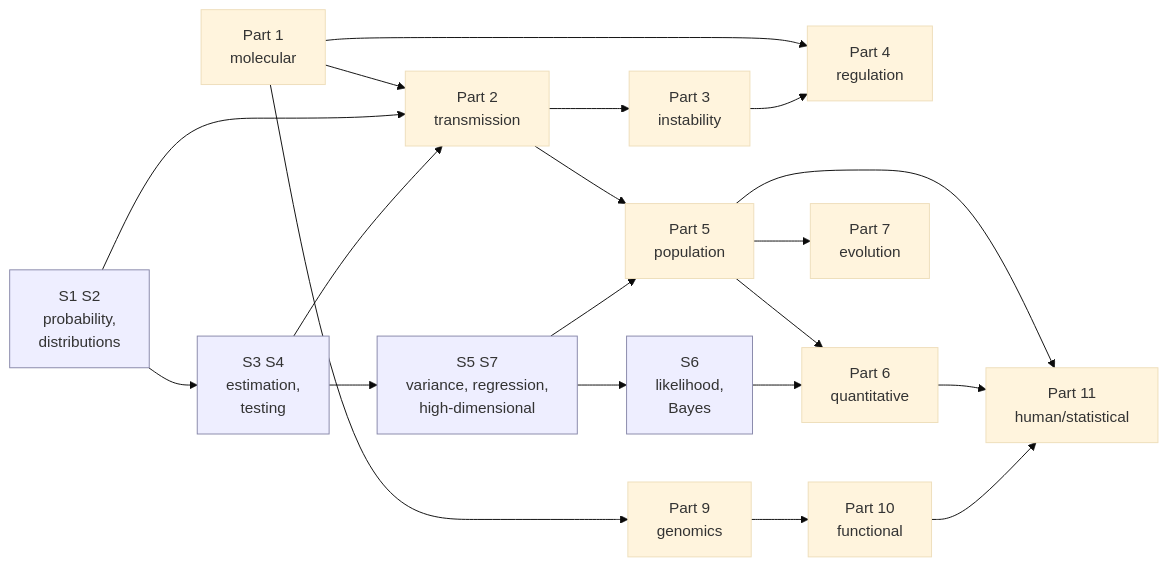
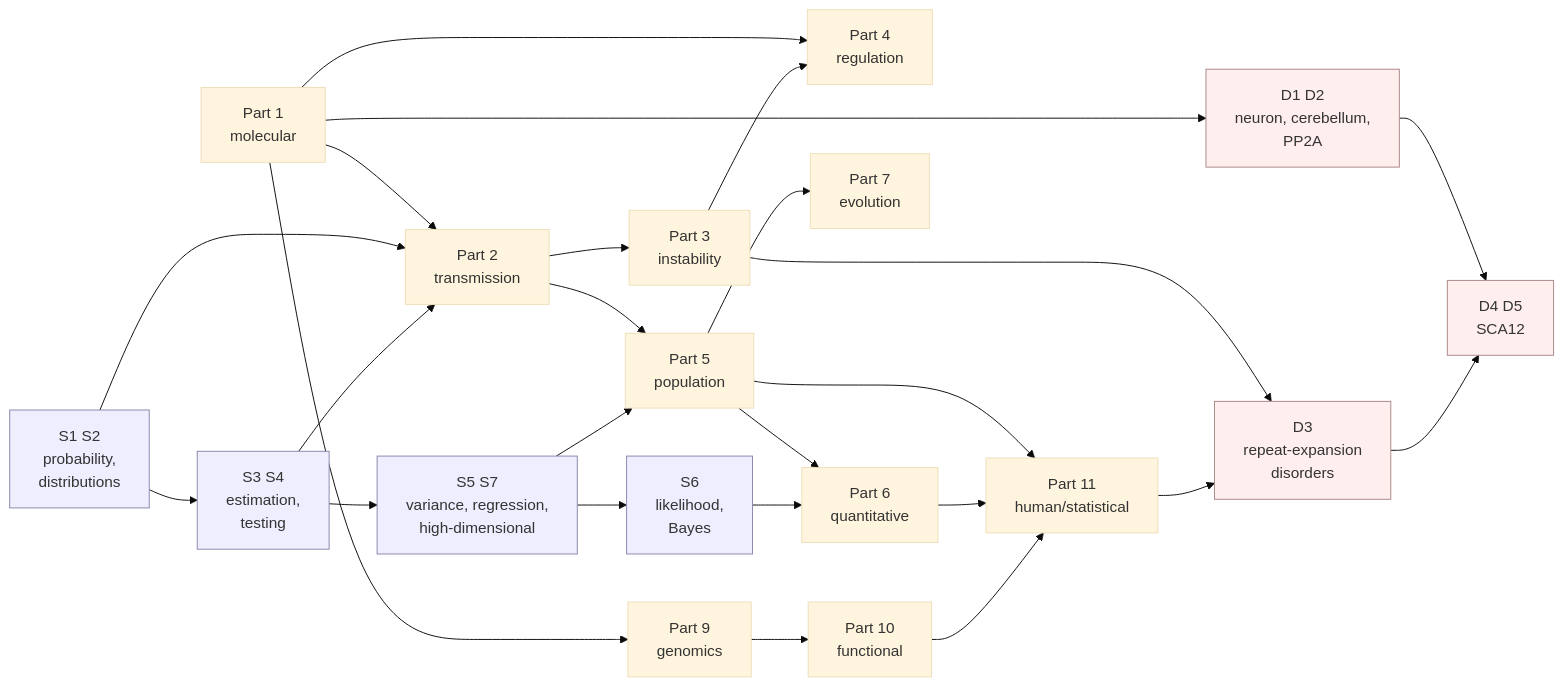
One commit to shnksi/learn-genomics changed the diagram in STUDY-GUIDE.md. Above: the diagram before and after it, drawn with Mermaid (base theme). The commit also changed other lines of this file and 23 other files, not shown here.

````diff
--- a/STUDY-GUIDE.md
+++ b/STUDY-GUIDE.md
@@ -48,27 +49,36 @@
 ```mermaid
 graph LR
     A["Part 1<br/>molecular"] --> B["Part 2<br/>transmission"]
     A --> D["Part 4<br/>regulation"]
     B --> C["Part 3<br/>instability"]
     C --> D
     B --> E["Part 5<br/>population"]
     E --> F["Part 6<br/>quantitative"]
     E --> G["Part 7<br/>evolution"]
     A --> H["Part 9<br/>genomics"]
     H --> I["Part 10<br/>functional"]
     E --> J["Part 11<br/>human/statistical"]
     F --> J
     I --> J
 
     S12["S1 S2<br/>probability,<br/>distributions"] --> B
     S34["S3 S4<br/>estimation,<br/>testing"] --> B
     S57["S5 S7<br/>variance, regression,<br/>high-dimensional"] --> E
     S6["S6<br/>likelihood,<br/>Bayes"] --> F
 
     S12 --> S34 --> S57 --> S6
 
+    A --> D12["D1 D2<br/>neuron, cerebellum,<br/>PP2A"]
+    C --> D3["D3<br/>repeat-expansion<br/>disorders"]
+    J --> D3
+    D12 --> D45["D4 D5<br/>SCA12"]
+    D3 --> D45
+
     style S12 fill:#eef,stroke:#88a
     style S34 fill:#eef,stroke:#88a
     style S57 fill:#eef,stroke:#88a
     style S6 fill:#eef,stroke:#88a
+    style D12 fill:#fee,stroke:#a88
+    style D3 fill:#fee,stroke:#a88
+    style D45 fill:#fee,stroke:#a88
 ```
````
